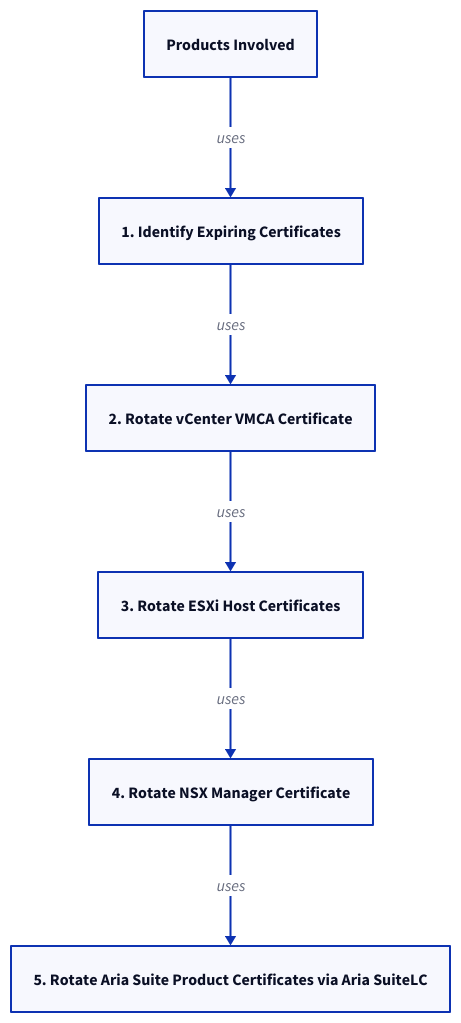
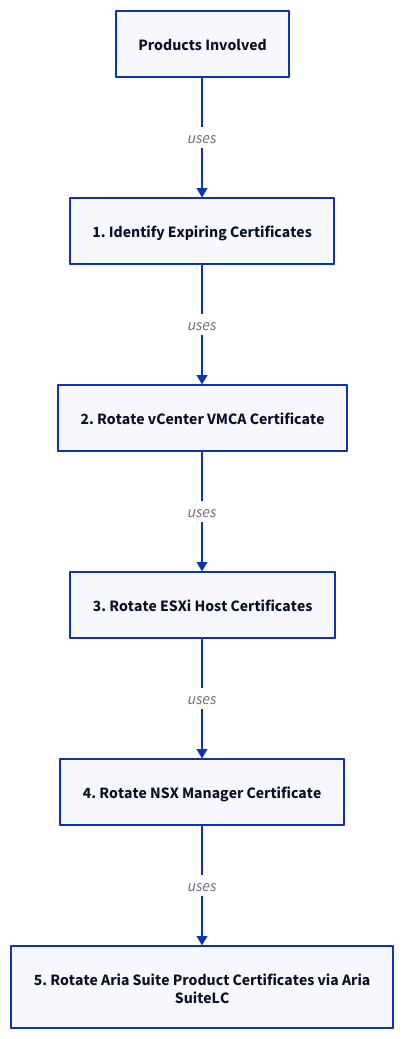
Before and after one commit to canast01/chris-kb: the diagram in docs/virtualization/vmware/topics/scenarios/certificate-expiry-rotation.md, drawn with D2. The commit also changed 192 other files, not shown here.

````diff
--- a/docs/virtualization/vmware/topics/scenarios/certificate-expiry-rotation.md
+++ b/docs/virtualization/vmware/topics/scenarios/certificate-expiry-rotation.md
@@ -18,16 +18,16 @@
 ```d2
 direction: down
 
 products_involved: "Products Involved" {shape: rectangle}
 1_identify_expiring_certificates: "1. Identify Expiring Certificates" {shape: rectangle}
 2_rotate_vcenter_vmca_certificate: "2. Rotate vCenter VMCA Certificate" {shape: rectangle}
 3_rotate_esxi_host_certificates: "3. Rotate ESXi Host Certificates" {shape: rectangle}
 4_rotate_nsx_manager_certificate: "4. Rotate NSX Manager Certificate" {shape: rectangle}
-5_rotate_aria_suite_product_certific: "5. Rotate Aria Suite Product Certificates via Aria SuiteLC" {shape: rectangle}
+5_rotate_aria_suite_product_certific: "5. Rotate Aria Suite Product Certificates via Aria\nSuiteLC" {shape: rectangle}
 
 products_involved -> 1_identify_expiring_certificates: uses
 1_identify_expiring_certificates -> 2_rotate_vcenter_vmca_certificate: uses
 2_rotate_vcenter_vmca_certificate -> 3_rotate_esxi_host_certificates: uses
 3_rotate_esxi_host_certificates -> 4_rotate_nsx_manager_certificate: uses
 4_rotate_nsx_manager_certificate -> 5_rotate_aria_suite_product_certific: uses
 ```
````
